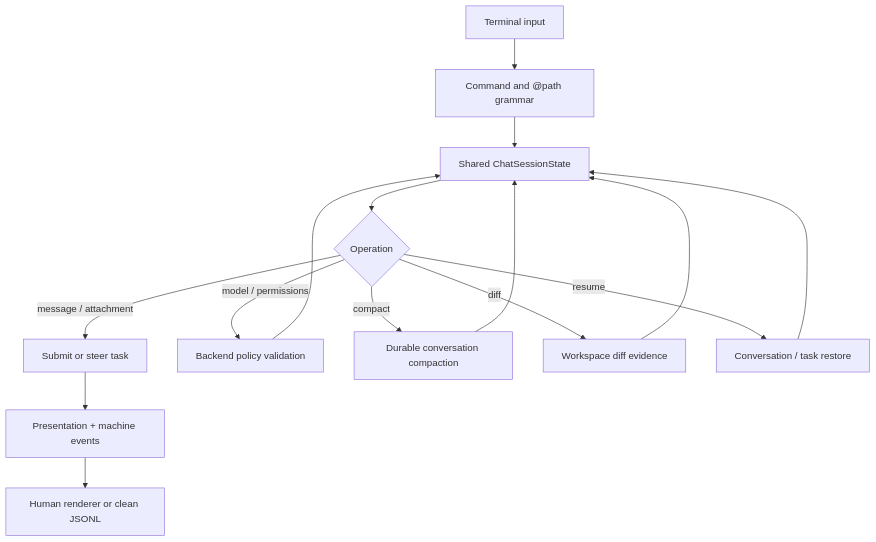
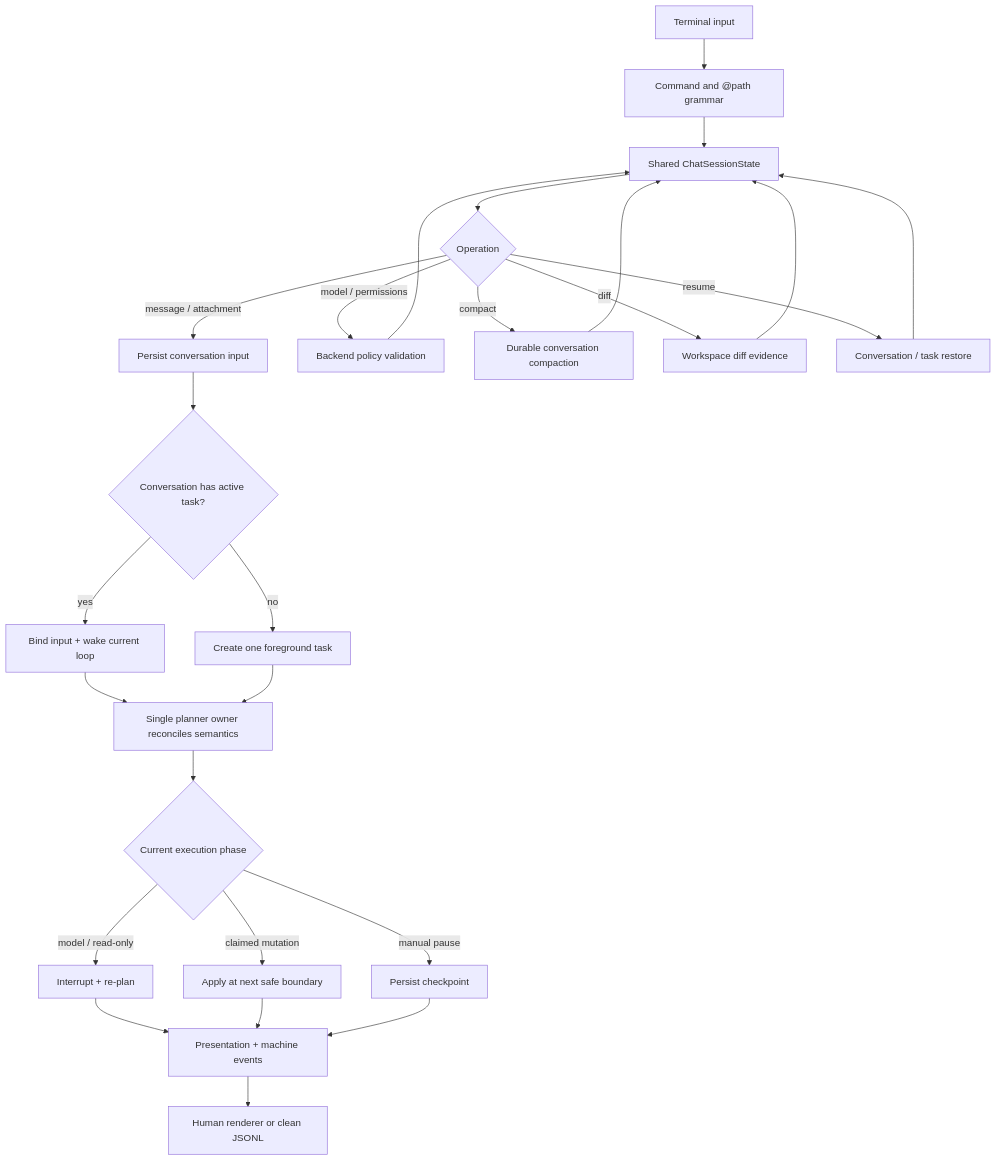
Before and after one commit to MatrixCoreX/RustClaw: the third of 3 diagrams in docs/architecture/09-interactive-coding.md, drawn with Mermaid. The commit also changed other lines of this file and 303 other files, not shown here.

````diff
--- a/docs/architecture/09-interactive-coding.md
+++ b/docs/architecture/09-interactive-coding.md
@@ -77,17 +77,28 @@
 ```mermaid
 flowchart TD
     A[Terminal input] --> B[Command and @path grammar]
     B --> C[Shared ChatSessionState]
     C --> D{Operation}
-    D -->|message / attachment| E[Submit or steer task]
+    D -->|message / attachment| E[Persist conversation input]
     D -->|model / permissions| F[Backend policy validation]
     D -->|compact| G[Durable conversation compaction]
     D -->|diff| H[Workspace diff evidence]
     D -->|resume| I[Conversation / task restore]
-    E --> J[Presentation + machine events]
+    E --> E1{Conversation has active task?}
+    E1 -->|yes| E2[Bind input + wake current loop]
+    E1 -->|no| E3[Create one foreground task]
+    E2 --> E4[Single planner owner reconciles semantics]
+    E3 --> E4
+    E4 --> E5{Current execution phase}
+    E5 -->|model / read-only| E6[Interrupt + re-plan]
+    E5 -->|claimed mutation| E7[Apply at next safe boundary]
+    E5 -->|manual pause| E8[Persist checkpoint]
+    E6 --> J[Presentation + machine events]
+    E7 --> J
+    E8 --> J
     F --> C
     G --> C
     H --> C
     I --> C
     J --> K[Human renderer or clean JSONL]
 ```
````
